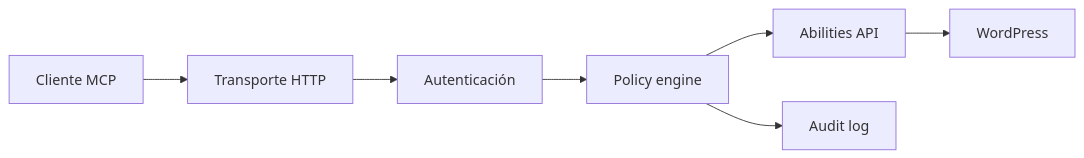
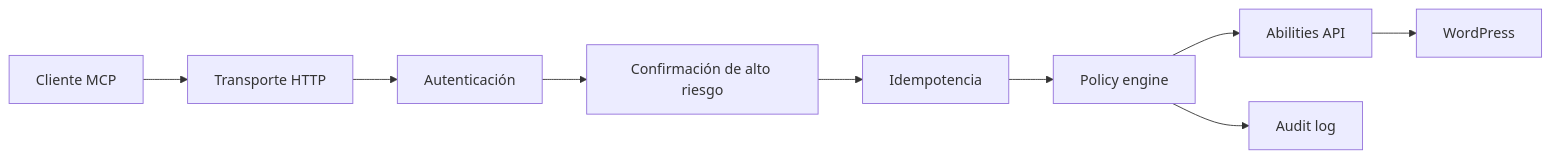
One commit to akelaonline/WP-Nerve changed the second of 2 diagrams in README.md. Above: the diagram before and after it, drawn with Mermaid. The commit also changed other lines of this file and 39 other files, not shown here.

````diff
--- a/README.md
+++ b/README.md
@@ -264,9 +284,11 @@
 ```mermaid
 flowchart LR
     A["Cliente MCP"] --> B["Transporte HTTP"]
     B --> C["Autenticación"]
-    C --> D["Policy engine"]
-    D --> E["Abilities API"]
-    E --> F["WordPress"]
-    D --> G["Audit log"]
+    C --> D["Confirmación de alto riesgo"]
+    D --> E["Idempotencia"]
+    E --> F["Policy engine"]
+    F --> G["Abilities API"]
+    G --> H["WordPress"]
+    F --> I["Audit log"]
 ```
````
